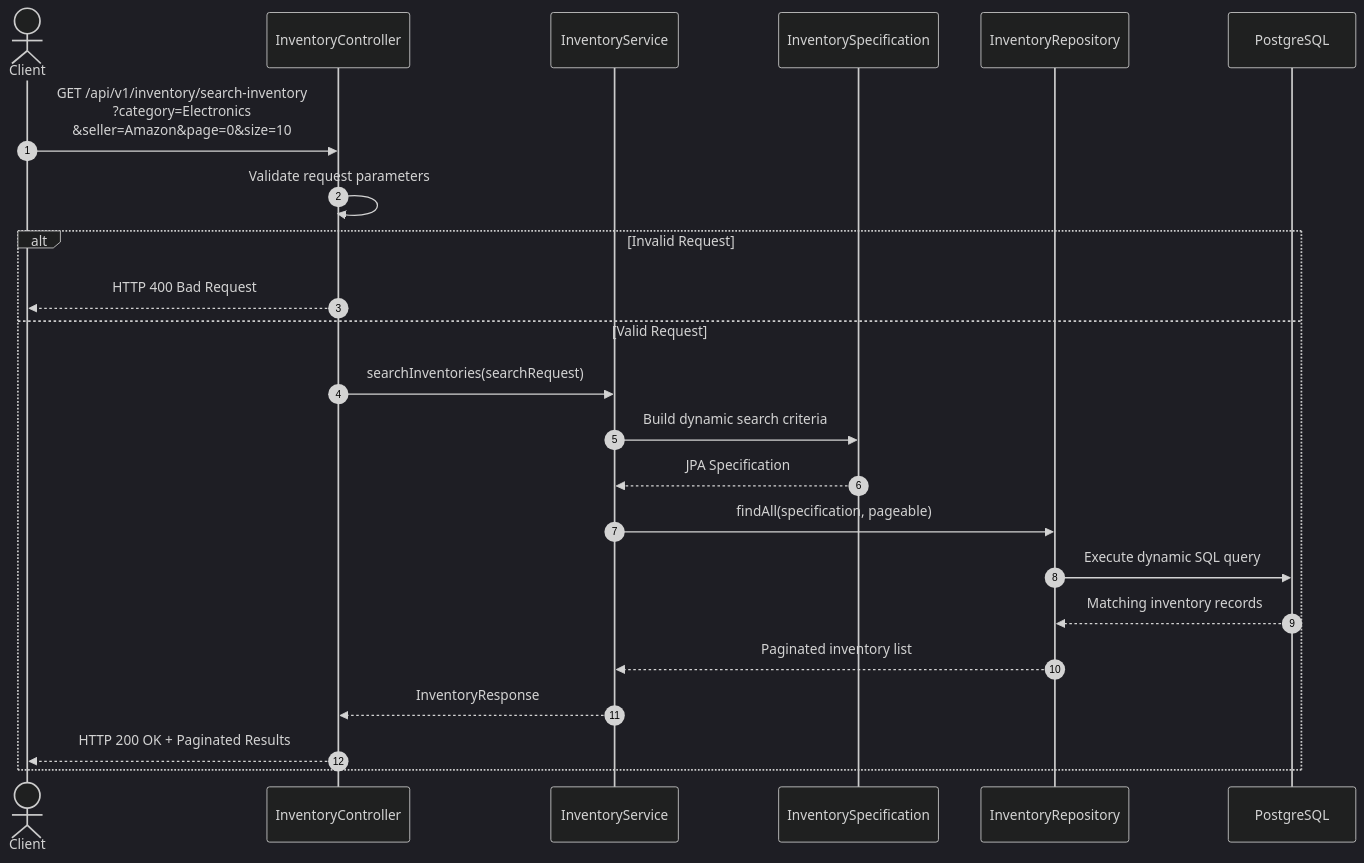
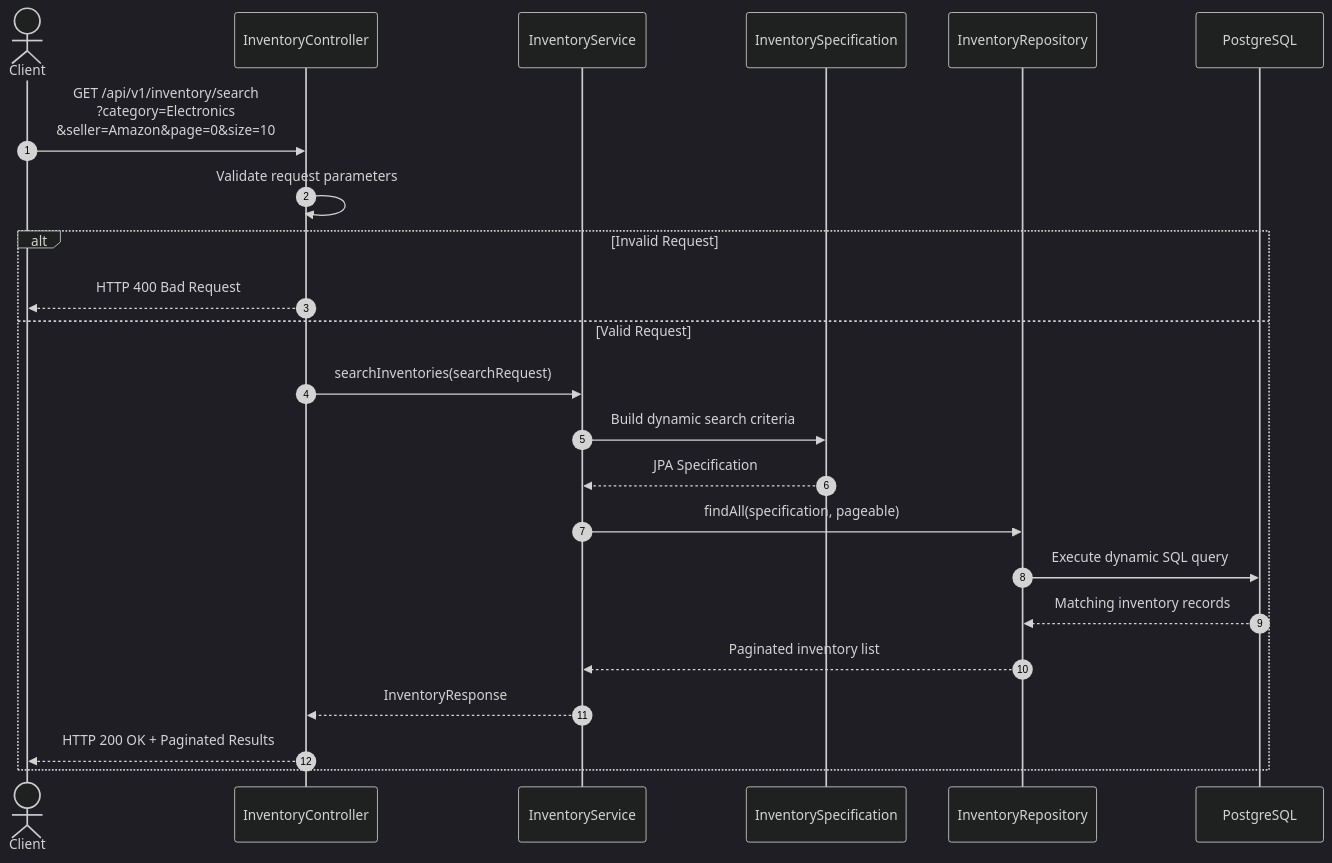
Before and after one commit to chaitanya-naralasetti-19/inventory-management-service: the first of 2 diagrams in README.md, drawn with Mermaid (dark theme). The commit also changed other lines of this file and 7 other files, not shown here.

````diff
--- a/README.md
+++ b/README.md
@@ -18,37 +18,37 @@
 ```mermaid
 sequenceDiagram
     autonumber
 
     actor Client
     participant Controller as InventoryController
     participant Service as InventoryService
     participant Spec as InventorySpecification
     participant Repo as InventoryRepository
     participant DB as PostgreSQL
 
-    Client->>Controller: GET /api/v1/inventory/search-inventory<br/>?category=Electronics<br/>&seller=Amazon&page=0&size=10
+    Client->>Controller: GET /api/v1/inventory/search<br/>?category=Electronics<br/>&seller=Amazon&page=0&size=10
 
     Controller->>Controller: Validate request parameters
 
     alt Invalid Request
         Controller-->>Client: HTTP 400 Bad Request
     else Valid Request
         Controller->>Service: searchInventories(searchRequest)
 
         Service->>Spec: Build dynamic search criteria
 
         Spec-->>Service: JPA Specification
 
         Service->>Repo: findAll(specification, pageable)
 
         Repo->>DB: Execute dynamic SQL query
 
         DB-->>Repo: Matching inventory records
 
         Repo-->>Service: Paginated inventory list
 
         Service-->>Controller: InventoryResponse
 
         Controller-->>Client: HTTP 200 OK + Paginated Results
     end
 ```
````
